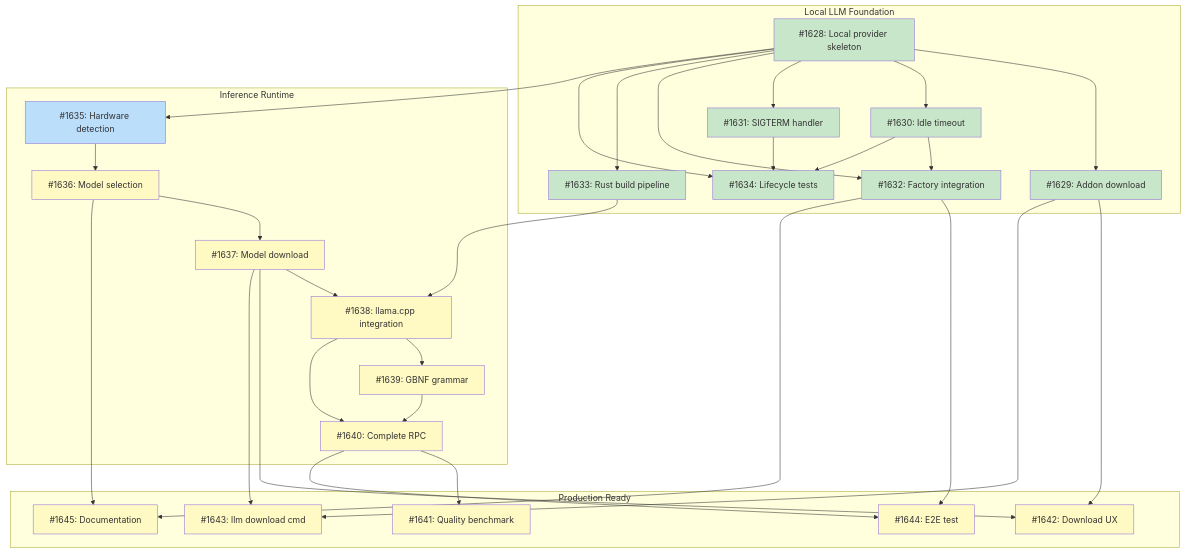
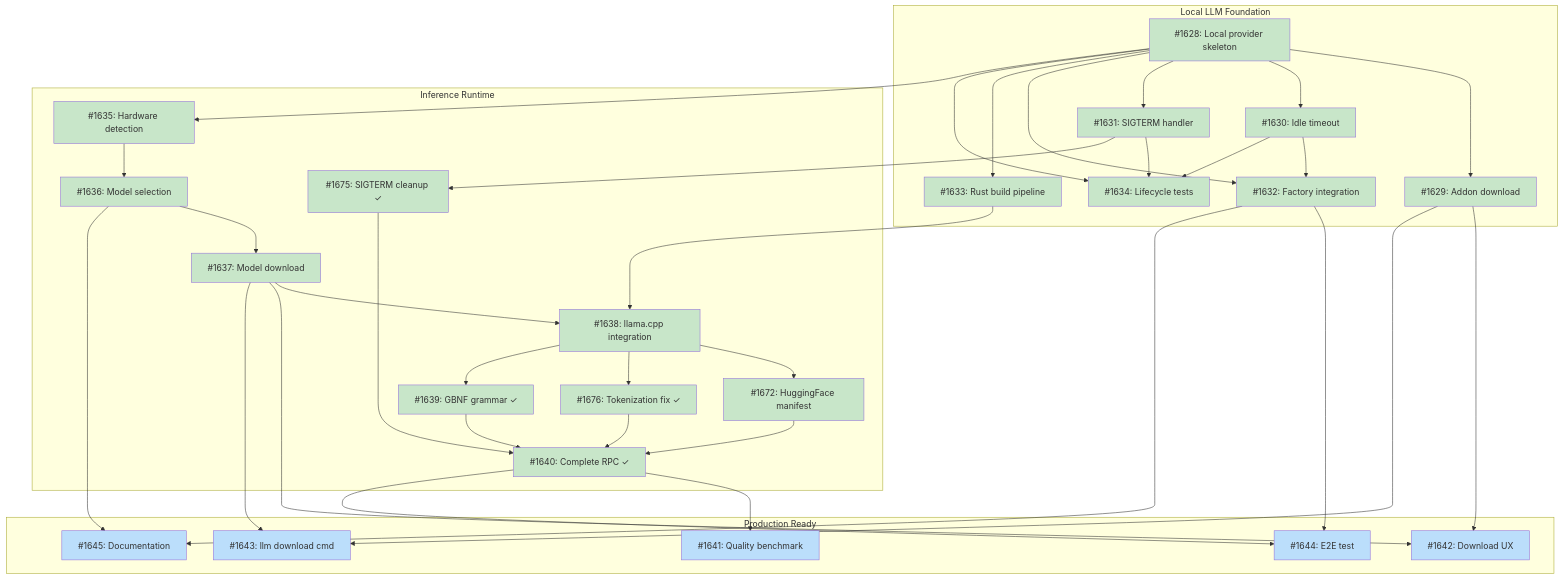
The diagram in docs/designs/DESIGN-local-llm-runtime.md (tsukumogami/tsuku), drawn with Mermaid before and after one commit. The commit also changed other lines of this file and 20 other files, not shown here.

````diff
--- a/docs/designs/DESIGN-local-llm-runtime.md
+++ b/docs/designs/DESIGN-local-llm-runtime.md
@@ -74,65 +80,72 @@
 ```mermaid
 graph TD
     subgraph M1["Local LLM Foundation"]
         I1628["#1628: Local provider skeleton"]
         I1629["#1629: Addon download"]
         I1630["#1630: Idle timeout"]
         I1631["#1631: SIGTERM handler"]
         I1632["#1632: Factory integration"]
         I1633["#1633: Rust build pipeline"]
         I1634["#1634: Lifecycle tests"]
     end
 
     subgraph M2["Inference Runtime"]
         I1635["#1635: Hardware detection"]
         I1636["#1636: Model selection"]
         I1637["#1637: Model download"]
         I1638["#1638: llama.cpp integration"]
-        I1639["#1639: GBNF grammar"]
-        I1640["#1640: Complete RPC"]
+        I1672["#1672: HuggingFace manifest"]
+        I1675["#1675: SIGTERM cleanup ✓"]
+        I1676["#1676: Tokenization fix ✓"]
+        I1639["#1639: GBNF grammar ✓"]
+        I1640["#1640: Complete RPC ✓"]
     end
 
     subgraph M3["Production Ready"]
         I1641["#1641: Quality benchmark"]
         I1642["#1642: Download UX"]
         I1643["#1643: llm download cmd"]
         I1644["#1644: E2E test"]
         I1645["#1645: Documentation"]
     end
 
     I1628 --> I1629
     I1628 --> I1630
     I1628 --> I1631
     I1628 --> I1632
     I1630 --> I1632
     I1628 --> I1633
     I1628 --> I1634
     I1630 --> I1634
     I1631 --> I1634
     I1628 --> I1635
     I1635 --> I1636
     I1636 --> I1637
     I1633 --> I1638
     I1637 --> I1638
+    I1638 --> I1672
+    I1631 --> I1675
+    I1638 --> I1676
     I1638 --> I1639
-    I1638 --> I1640
+    I1672 --> I1640
+    I1675 --> I1640
+    I1676 --> I1640
     I1639 --> I1640
     I1640 --> I1641
     I1629 --> I1642
     I1637 --> I1642
     I1629 --> I1643
     I1637 --> I1643
     I1640 --> I1644
     I1632 --> I1644
     I1632 --> I1645
     I1636 --> I1645
 
     classDef done fill:#c8e6c9
     classDef ready fill:#bbdefb
     classDef blocked fill:#fff9c4
     classDef needsDesign fill:#e1bee7
 
-    class I1628,I1629,I1630,I1631,I1632,I1633,I1634 done
-    class I1635 ready
-    class I1636,I1637,I1638,I1639,I1640,I1641,I1642,I1643,I1644,I1645 blocked
+    class I1628,I1629,I1630,I1631,I1632,I1633,I1634,I1635,I1636,I1637,I1638,I1672,I1675,I1676,I1639,I1640 done
+    class I1641,I1642,I1643,I1644,I1645 ready
 ```
````
